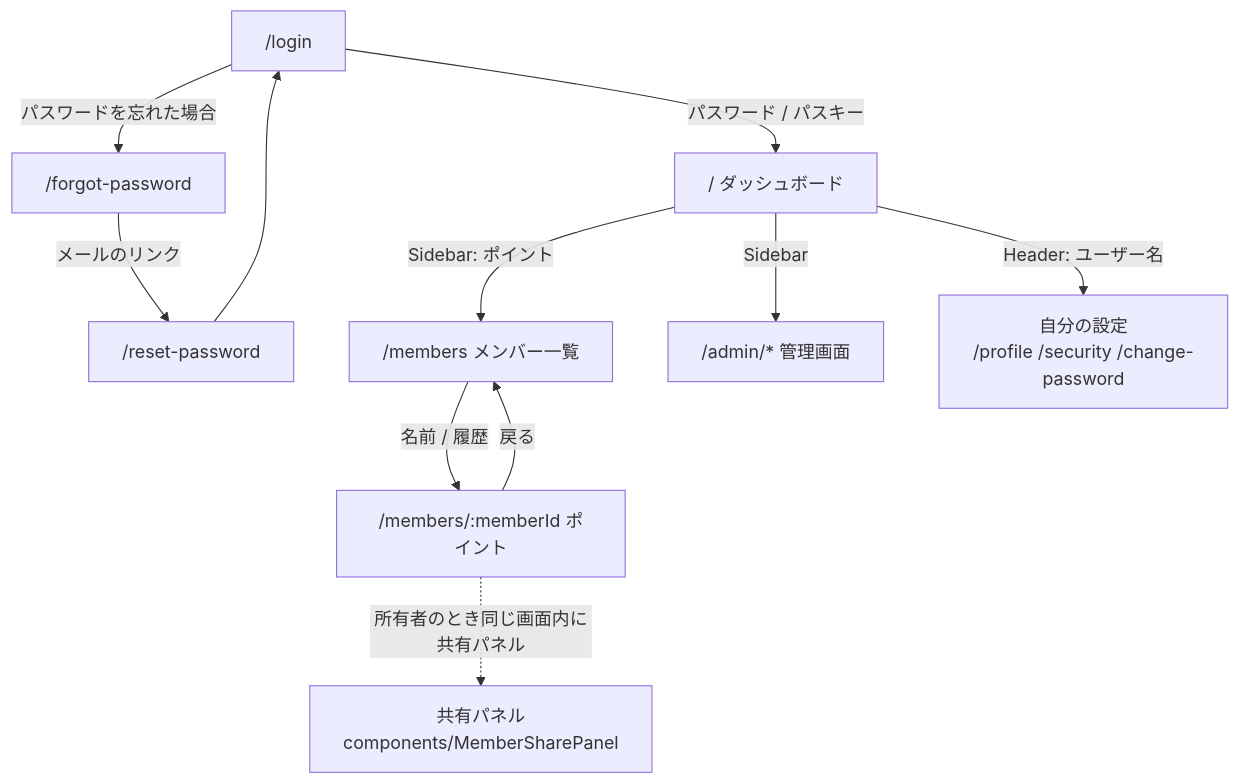
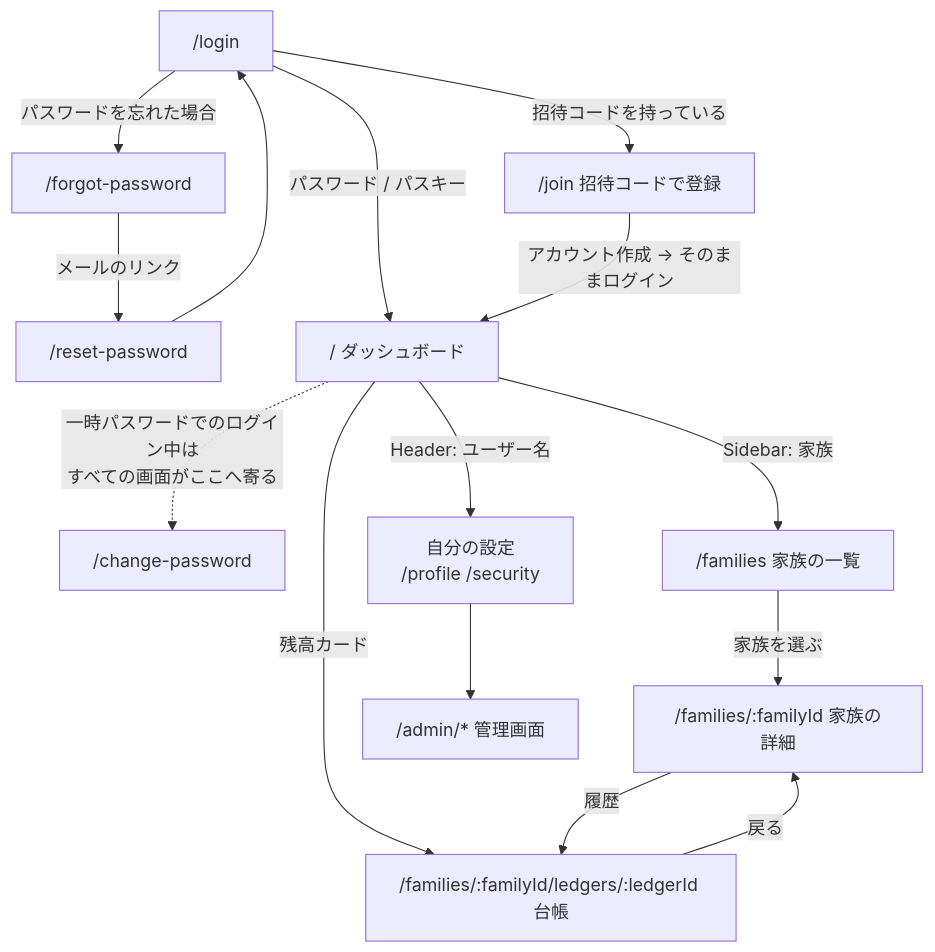
The first of 2 diagrams in frontend/README.md (kiyoteruhosoda/rewardpointsweb), drawn with Mermaid before and after one commit. The commit also changed other lines of this file and 40 other files, not shown here.

````diff
--- a/frontend/README.md
+++ b/frontend/README.md
@@ -97,24 +99,31 @@
 ```mermaid
 flowchart TD
   login["/login"]
+  join["/join 招待コードで登録"]
   forgot["/forgot-password"]
   reset["/reset-password"]
+  change["/change-password"]
   dash["/ ダッシュボード"]
-  members["/members メンバー一覧"]
-  points["/members/:memberId ポイント"]
+  families["/families 家族の一覧"]
+  family["/families/:familyId 家族の詳細"]
+  ledger["/families/:familyId/ledgers/:ledgerId 台帳"]
   admin["/admin/* 管理画面"]
-  own["自分の設定<br/>/profile /security /change-password"]
+  own["自分の設定<br/>/profile /security"]
 
   login -->|"パスワード / パスキー"| dash
+  login -->|"招待コードを持っている"| join
+  join -->|"アカウント作成 → そのままログイン"| dash
   login -->|"パスワードを忘れた場合"| forgot
   forgot -->|"メールのリンク"| reset
   reset --> login
 
-  dash -->|"Sidebar: ポイント"| members
-  dash -->|"Sidebar"| admin
-  members -->|"名前 / 履歴"| points
-  points -->|"戻る"| members
+  dash -->|"Sidebar: 家族"| families
+  dash -->|"残高カード"| ledger
+  families -->|"家族を選ぶ"| family
+  family -->|"履歴"| ledger
+  ledger -->|"戻る"| family
   dash -->|"Header: ユーザー名"| own
+  own --> admin
 
-  points -.->|"所有者のとき同じ画面内に共有パネル"| share["共有パネル<br/>components/MemberSharePanel"]
+  dash -.->|"一時パスワードでのログイン中は<br/>すべての画面がここへ寄る"| change
 ```
````
